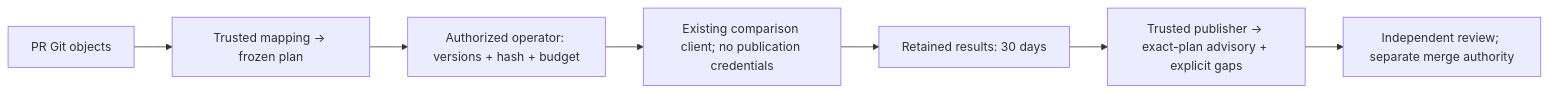
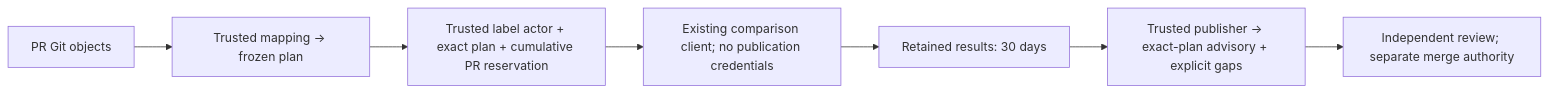
The diagram in docs/skill-eval-pr.md (BLANKETusers/InferRSI), drawn with Mermaid before and after one commit. The commit also changed other lines of this file and 21 other files, not shown here.

First line of the commit message:
feat: label-gated Skill Eval with cumulative PR budget and live authorization

````diff
--- a/docs/skill-eval-pr.md
+++ b/docs/skill-eval-pr.md
@@ -7,9 +7,9 @@
 ```mermaid
 flowchart LR
     A["PR Git objects"] --> B["Trusted mapping → frozen plan"]
-    B --> C["Authorized operator: versions + hash + budget"]
+    B --> C["Trusted label actor + exact plan + cumulative PR reservation"]
     C --> D["Existing comparison client; no publication credentials"]
     D --> E["Retained results: 30 days"]
     E --> F["Trusted publisher → exact-plan advisory + explicit gaps"]
     F --> G["Independent review; separate merge authority"]
 ```
````
